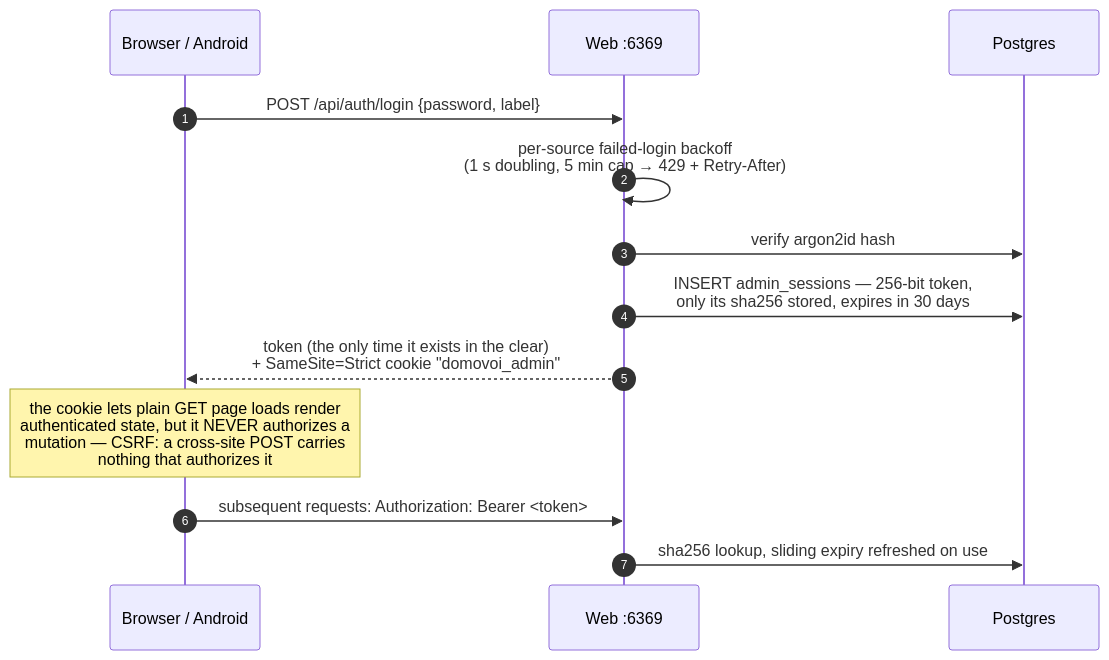
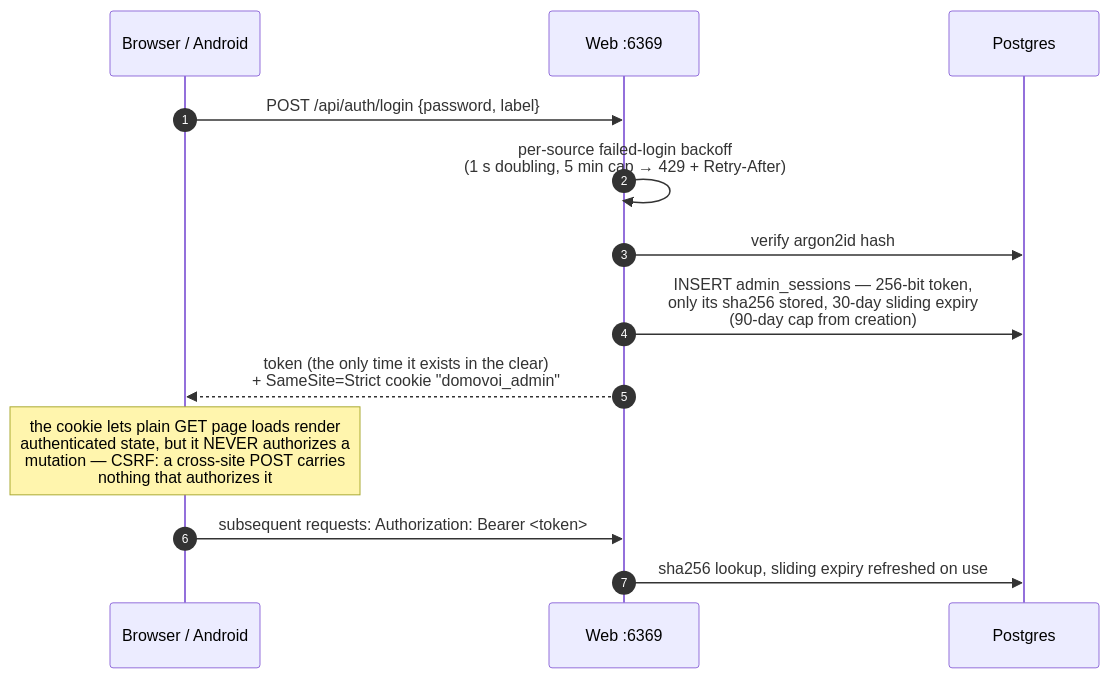
One commit to coders-farm-official/domovoi changed the second of 3 diagrams in docs/uml/auth.md. Above: the diagram before and after it, drawn with Mermaid. The commit also changed other lines of this file and 9 other files, not shown here.

Commit message:
Docs: apply the architecture, diagram, Home Assistant, API prose and container guard edits, with the chat drafts, letters and voice documents sections [skip ci]

````diff
--- a/docs/uml/auth.md
+++ b/docs/uml/auth.md
@@ -53,16 +58,16 @@
 ```mermaid
 sequenceDiagram
     autonumber
     participant U as Browser / Android
     participant W as Web :6369
     participant PG as Postgres
 
     U->>W: POST /api/auth/login {password, label}
     W->>W: per-source failed-login backoff<br/>(1 s doubling, 5 min cap → 429 + Retry-After)
     W->>PG: verify argon2id hash
-    W->>PG: INSERT admin_sessions — 256-bit token,<br/>only its sha256 stored, expires in 30 days
+    W->>PG: INSERT admin_sessions — 256-bit token,<br/>only its sha256 stored, 30-day sliding expiry<br/>(90-day cap from creation)
     W-->>U: token (the only time it exists in the clear)<br/>+ SameSite=Strict cookie "domovoi_admin"
     Note over U: the cookie lets plain GET page loads render<br/>authenticated state, but it NEVER authorizes a<br/>mutation — CSRF: a cross-site POST carries<br/>nothing that authorizes it
     U->>W: subsequent requests: Authorization: Bearer <token>
     W->>PG: sha256 lookup, sliding expiry refreshed on use
 ```
````
